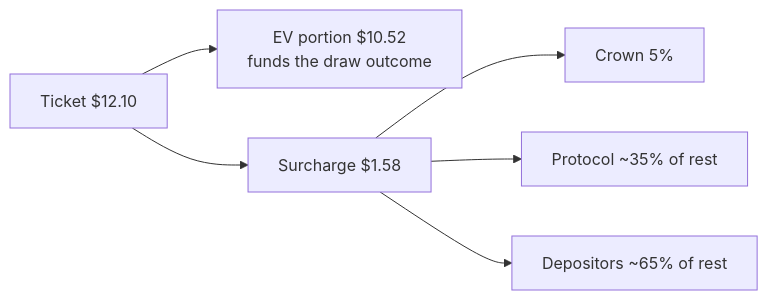
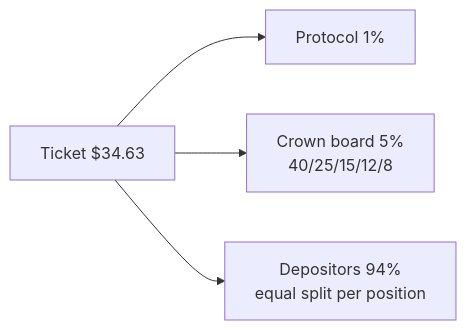
One commit to gabox-labs/docs changed the second of 2 diagrams in fees.mdx. Above: the diagram before and after it, drawn with Mermaid. The commit also changed other lines of this file and 14 other files, not shown here.

````diff
--- a/fees.mdx
+++ b/fees.mdx
@@ -48,8 +64,6 @@
 ```mermaid
 flowchart LR
-    T[Ticket $12.10] --> EV[EV portion $10.52<br/>funds the draw outcome]
-    T --> S[Surcharge $1.58]
-    S --> C[Crown 5%]
-    S --> Pr[Protocol ~35% of rest]
-    S --> Dep[Depositors ~65% of rest]
+    T[Ticket $34.63] --> Pr[Protocol 1%]
+    T --> C[Crown board 5%<br/>40/25/15/12/8]
+    T --> Dep[Depositors 94%<br/>equal split per position]
 ```
````
